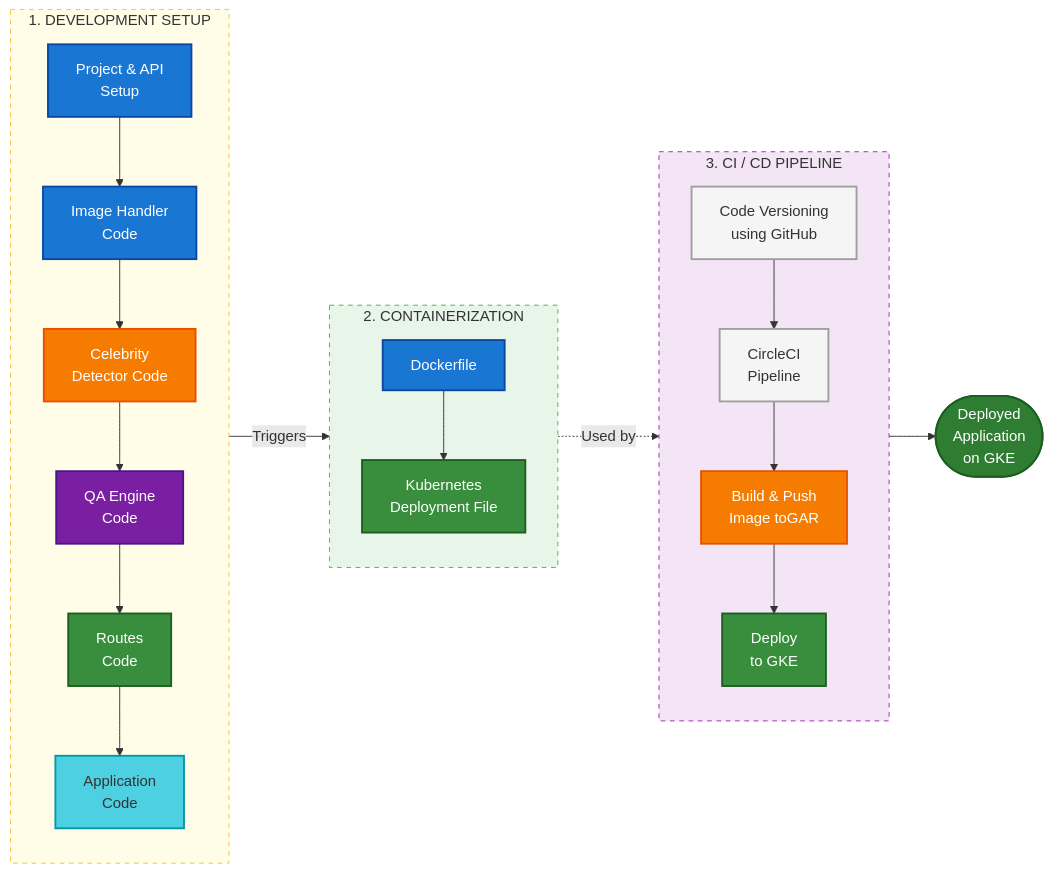
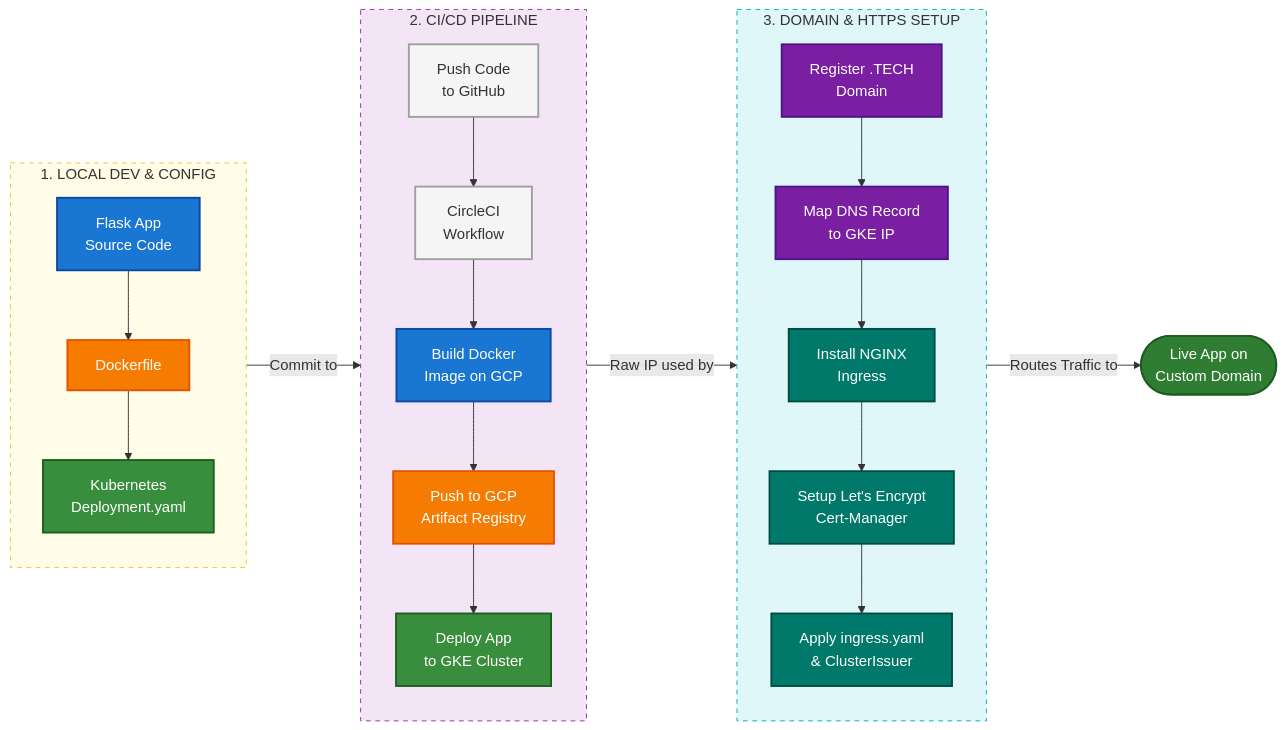
One commit to farhanrhine/Celebrity-Face-Detect-AI-Agent changed the diagram in README.md. Above: the diagram before and after it, drawn with Mermaid.

Commit message:
docs: overhaul README Mermaid diagram to detail local development, CI/CD, and domain/HTTPS setup phases.

````diff
--- a/README.md
+++ b/README.md
@@ -16,46 +16,60 @@
 ```mermaid
 flowchart LR
     %% Define Styles
     classDef blueBox fill:#1976d2,stroke:#0d47a1,stroke-width:2px,color:#fff
     classDef greenBox fill:#388e3c,stroke:#1b5e20,stroke-width:2px,color:#fff
     classDef orangeBox fill:#f57c00,stroke:#e65100,stroke-width:2px,color:#fff
     classDef purpleBox fill:#7b1fa2,stroke:#4a148c,stroke-width:2px,color:#fff
-    classDef lightBlueBox fill:#4dd0e1,stroke:#0097a7,stroke-width:2px,color:#333
+    classDef darkGreenRound fill:#2e7d32,stroke:#1b5e20,stroke-width:2px,color:#fff
+    classDef tealBox fill:#00796b,stroke:#004d40,stroke-width:2px,color:#fff
     classDef greyBox fill:#f5f5f5,stroke:#9e9e9e,stroke-width:2px,color:#333
-    classDef darkGreenRound fill:#2e7d32,stroke:#1b5e20,stroke-width:2px,color:#fff
 
-    subgraph DevSetup [1. DEVELOPMENT SETUP]
+    subgraph Phase1 [1. LOCAL DEV & CONFIG]
         direction TB
-        A[Project & API<br>Setup]:::blueBox --> B[Image Handler<br>Code]:::blueBox
-        B --> C[Celebrity<br>Detector Code]:::orangeBox
-        C --> D[QA Engine<br>Code]:::purpleBox
-        D --> E[Routes<br>Code]:::greenBox
-        E --> F[Application<br>Code]:::lightBlueBox
-    end
-    
-    subgraph Containerization [2. CONTAINERIZATION]
-        direction TB
-        G[Dockerfile]:::blueBox
-        H[Kubernetes<br>Deployment File]:::greenBox
-        G --> H
+        App[Flask App<br>Source Code]:::blueBox
+        Docker[Dockerfile]:::orangeBox
+        K8s[Kubernetes<br>Deployment.yaml]:::greenBox
+        App --> Docker
+        Docker --> K8s
     end
 
-    subgraph CI [3. CI / CD PIPELINE]
+    subgraph Phase2 [2. CI/CD PIPELINE]
         direction TB
-        I[Code Versioning<br>using GitHub]:::greyBox --> J[CircleCI<br>Pipeline]:::greyBox
-        J --> K[Build & Push<br>Image toGAR]:::orangeBox
-        K --> L[Deploy<br>to GKE]:::greenBox
+        Git[Push Code<br>to GitHub]:::greyBox
+        Circle[CircleCI<br>Workflow]:::greyBox
+        Build[Build Docker<br>Image on GCP]:::blueBox
+        GAR[Push to GCP<br>Artifact Registry]:::orangeBox
+        GKE[Deploy App<br>to GKE Cluster]:::greenBox
+
+        Git --> Circle
+        Circle --> Build
+        Build --> GAR
+        GAR --> GKE
     end
 
-    M([Deployed<br>Application<br>on GKE]):::darkGreenRound
+    subgraph Phase3 [3. DOMAIN & HTTPS SETUP]
+        direction TB
+        Domain[Register .TECH<br>Domain]:::purpleBox
+        DNS[Map DNS Record<br>to GKE IP]:::purpleBox
+        Nginx[Install NGINX<br>Ingress]:::tealBox
+        Cert[Setup Let's Encrypt<br>Cert-Manager]:::tealBox
+        Ingress[Apply ingress.yaml<br>& ClusterIssuer]:::tealBox
+
+        Domain --> DNS
+        DNS --> Nginx
+        Nginx --> Cert
+        Cert --> Ingress
+    end
+
+    Live([Live App on<br>Custom Domain]):::darkGreenRound
 
     %% Connections across subgraphs
-    F --> |Triggers| G
-    H -.-> |Used by| L
-    L --> M
+    K8s --> |Commit to| Git
+    GKE --> |Raw IP used by| Domain
+    Ingress --> |Routes Traffic to| Live
 
     %% Subgraph Styling
-    style DevSetup fill:#fffde7,stroke:#fbc02d,stroke-dasharray: 5 5
-    style Containerization fill:#e8f5e9,stroke:#4caf50,stroke-dasharray: 5 5
-    style CI fill:#f3e5f5,stroke:#9c27b0,stroke-dasharray: 5 5
+    style Phase1 fill:#fffde7,stroke:#fbc02d,stroke-dasharray: 5 5
+    style Phase2 fill:#f3e5f5,stroke:#9c27b0,stroke-dasharray: 5 5
+    style Phase3 fill:#e0f7fa,stroke:#00acc1,stroke-dasharray: 5 5
 ```
````
